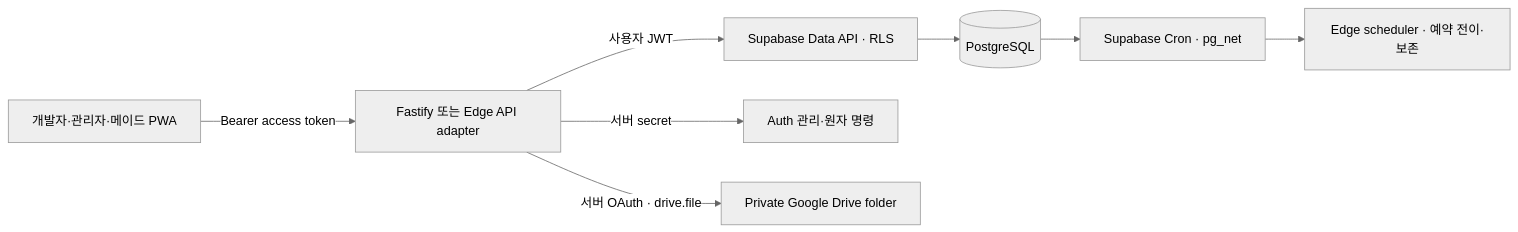
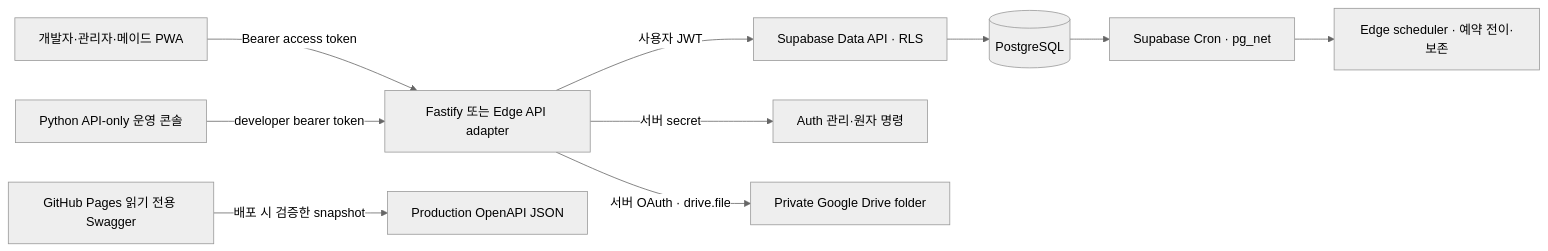
One commit to wrongstory/room-management-system-backend changed the first of 2 diagrams in docs/ARCHITECTURE.md. Above: the diagram before and after it, drawn with Mermaid (neutral theme). The commit also changed other lines of this file and 177 other files, not shown here.

````diff
--- a/docs/ARCHITECTURE.md
+++ b/docs/ARCHITECTURE.md
@@ -20,10 +20,12 @@
 ```mermaid
 flowchart LR
   UI[개발자·관리자·메이드 PWA] -->|Bearer access token| API[Fastify 또는 Edge API adapter]
+  DOCS[GitHub Pages 읽기 전용 Swagger] -->|배포 시 검증한 snapshot| OPENAPI[Production OpenAPI JSON]
+  OPS[Python API-only 운영 콘솔] -->|developer bearer token| API
   API -->|사용자 JWT| DATA[Supabase Data API · RLS]
   API -->|서버 secret| ADMIN[Auth 관리·원자 명령]
   DATA --> DB[(PostgreSQL)]
   API -->|서버 OAuth · drive.file| DRIVE[Private Google Drive folder]
   DB --> CRON[Supabase Cron · pg_net]
   CRON --> JOBS[Edge scheduler · 예약 전이·보존]
 ```
````
